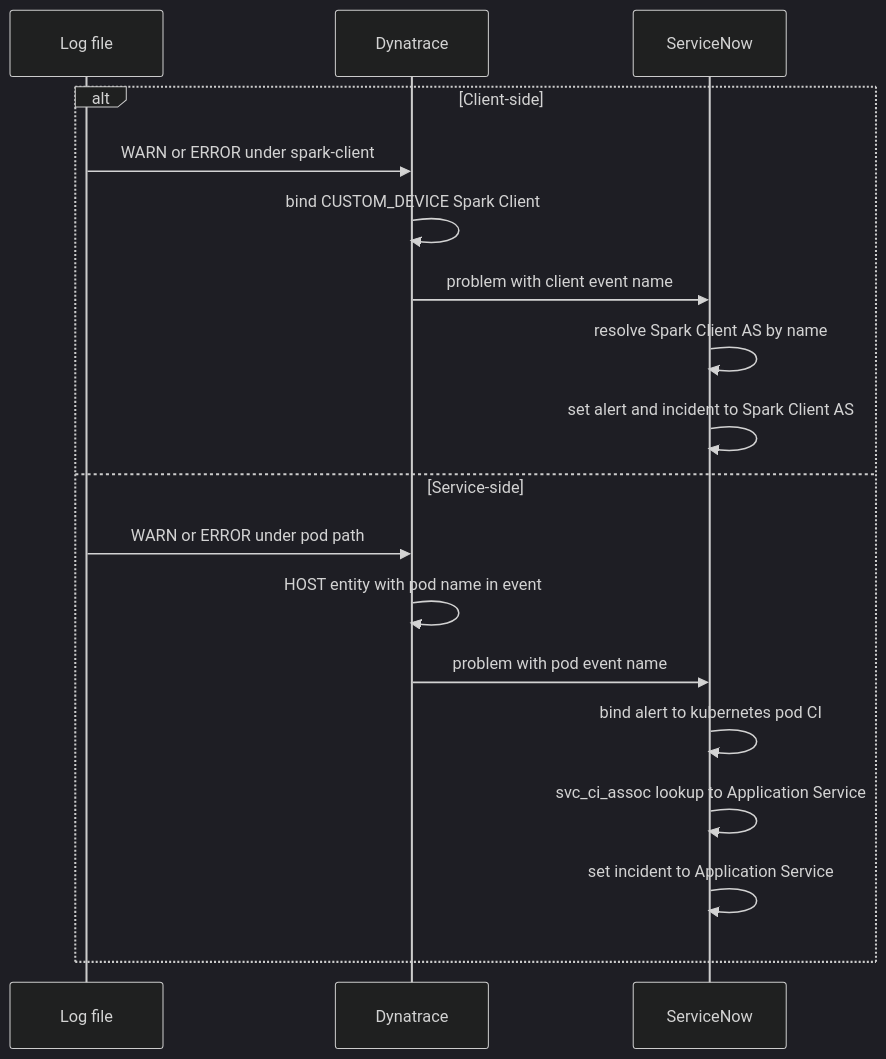
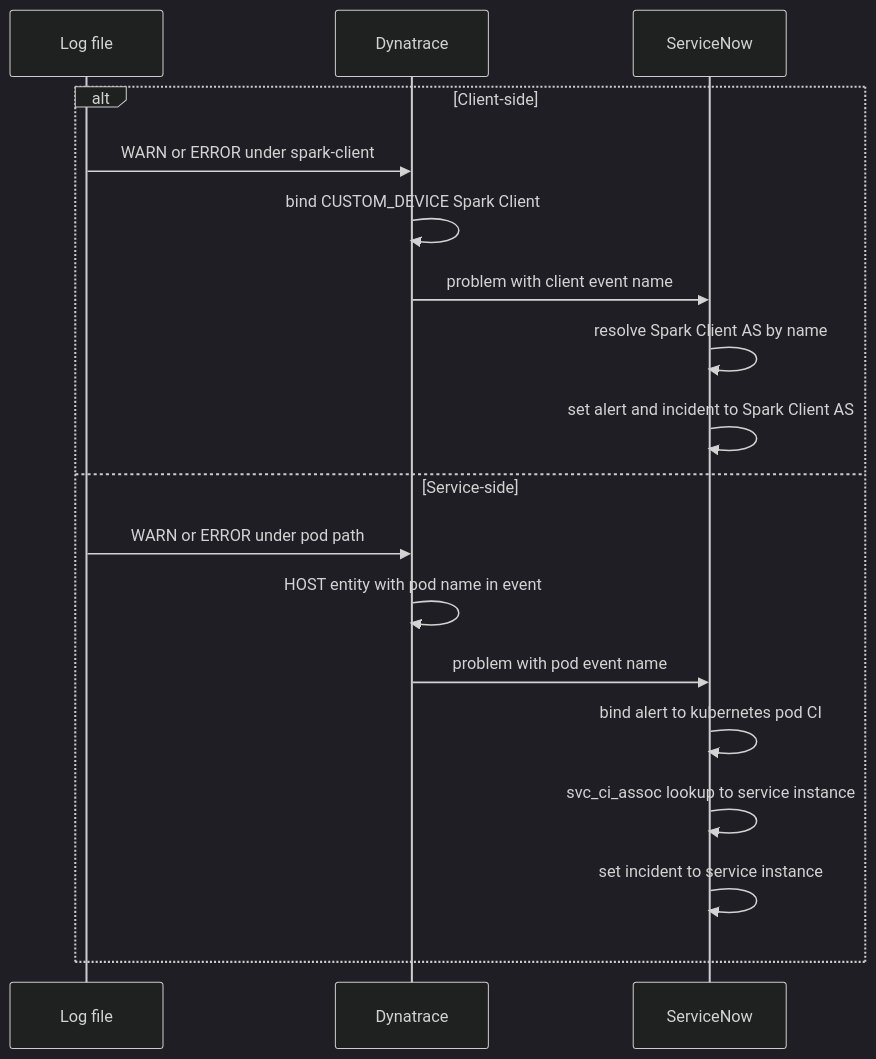
Before and after one commit to gxbrooks/spark-observability: the third of 3 diagrams in servicenow/docs/Log_to_Incident/CMDB_Mapping.md, drawn with Mermaid (dark theme). The commit also changed other lines of this file and 26 other files, not shown here.

````diff
--- a/servicenow/docs/Log_to_Incident/CMDB_Mapping.md
+++ b/servicenow/docs/Log_to_Incident/CMDB_Mapping.md
@@ -166,21 +166,21 @@
 ```mermaid
 sequenceDiagram
   participant Log as Log file
   participant DT as Dynatrace
   participant SN as ServiceNow
 
   alt Client-side
     Log->>DT: WARN or ERROR under spark-client
     DT->>DT: bind CUSTOM_DEVICE Spark Client
     DT->>SN: problem with client event name
     SN->>SN: resolve Spark Client AS by name
     SN->>SN: set alert and incident to Spark Client AS
   else Service-side
     Log->>DT: WARN or ERROR under pod path
     DT->>DT: HOST entity with pod name in event
     DT->>SN: problem with pod event name
     SN->>SN: bind alert to kubernetes pod CI
-    SN->>SN: svc_ci_assoc lookup to Application Service
-    SN->>SN: set incident to Application Service
+    SN->>SN: svc_ci_assoc lookup to service instance
+    SN->>SN: set incident to service instance
   end
 ```
````
